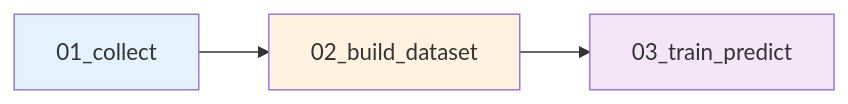
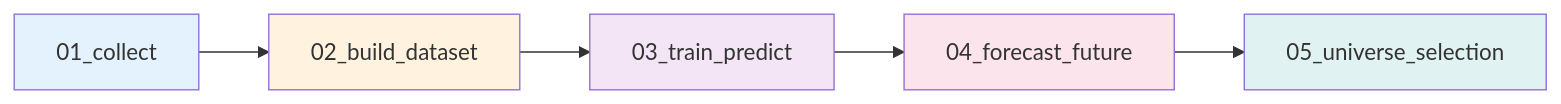
Before and after one commit to CONG878/SignalWeaver: the diagram in docs/data_schema.md, drawn with Mermaid. The commit also changed other lines of this file and 3 other files, not shown here.

First line of the commit message:
docs: update README and data schema to v3.2.0

````diff
--- a/docs/data_schema.md
+++ b/docs/data_schema.md
@@ -262,13 +338,19 @@
 ```mermaid
 graph LR
-    A[01_collect] --> B[02_build_dataset]
-    B --> C[03_train_predict]
+    A["01_collect"] --> B["02_build_dataset"]
+    B --> C["03_train_predict"]
+    C --> D["04_forecast_future"]
+    D --> E["05_universe_selection"]
     
     A:::step1
     B:::step2
     C:::step3
+    D:::step4
+    E:::step5
     
     classDef step1 fill:#e3f2fd
     classDef step2 fill:#fff3e0
     classDef step3 fill:#f3e5f5
+    classDef step4 fill:#fce4ec
+    classDef step5 fill:#e0f2f1
 ```
````
